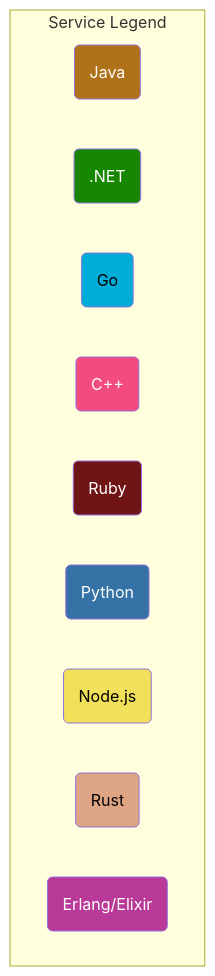
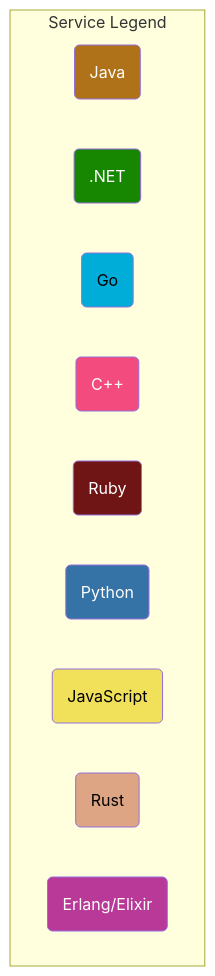
Before and after one commit to mohamed3637/opentelemetry-demo: the second of 2 diagrams in README.md, drawn with Mermaid. The commit also changed other lines of this file, not shown here.

First line of the commit message:
Diagram: updating frontend language to JavaScript (#312)

````diff
--- a/README.md
+++ b/README.md
@@ -208,25 +208,25 @@
 ```mermaid
 graph TD
 subgraph Service Legend
   javasvc(Java):::java
   dotnetsvc(.NET):::dotnet
   golangsvc(Go):::golang
   cppsvc(C++):::cpp
   rubysvc(Ruby):::ruby
   pythonsvc(Python):::python
-  nodesvc(Node.js):::nodejs
+  javascriptsvc(JavaScript):::javascript
   rustsvc(Rust):::rust
   erlangsvc(Erlang/Elixir):::erlang
 end
 
 classDef java fill:#b07219,color:white;
 classDef dotnet fill:#178600,color:white;
 classDef golang fill:#00add8,color:black;
 classDef cpp fill:#f34b7d,color:white;
 classDef ruby fill:#701516,color:white;
 classDef python fill:#3572A5,color:white;
-classDef nodejs fill:#f1e05a,color:black;
+classDef javascript fill:#f1e05a,color:black;
 classDef rust fill:#dea584,color:black;
 classDef erlang fill:#b83998,color:white;
 classDef php fill:#4f5d95,color:white;
 ```
````
